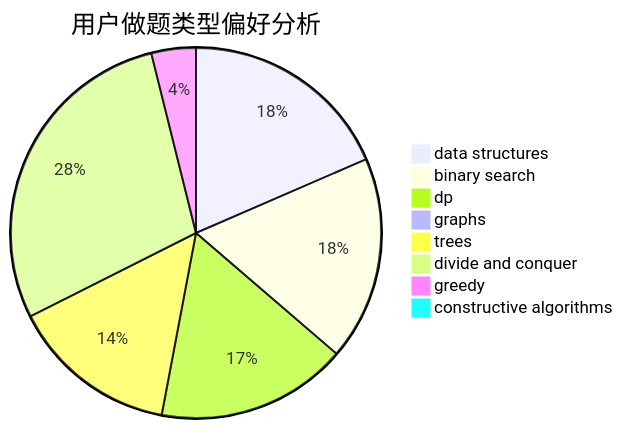
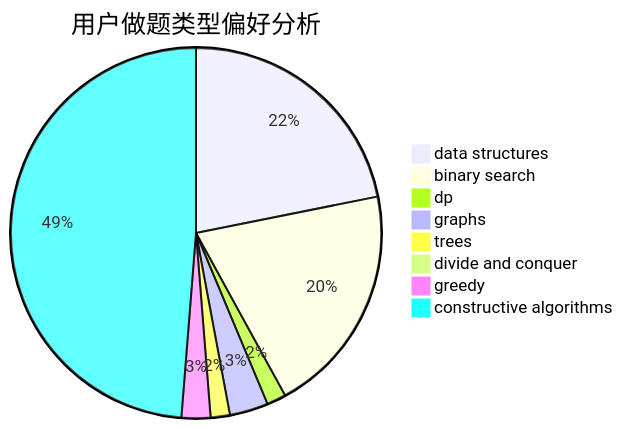
Before and after one commit to sherpahu/cfrs.github.io: the second of 3 diagrams in docs/user/u808.md, drawn with Mermaid. The commit also changed other lines of this file and 2770 other files, not shown here.

````diff
--- a/docs/user/u808.md
+++ b/docs/user/u808.md
@@ -23,11 +23,11 @@
 ```mermaid
 pie title 用户做题类型偏好分析
-    "data structures" :  81
-    "binary search" :  78
-    "dp" :  73
-    "graphs" :  0
-    "trees" :  64
-    "divide and conquer" :  125
-    "greedy" :  17
-    "constructive algorithms" :  4
+    "data structures" :  52
+    "binary search" :  48
+    "dp" :  4
+    "graphs" :  8
+    "trees" :  4
+    "divide and conquer" :  0
+    "greedy" :  6
+    "constructive algorithms" :  116
 ```
````
